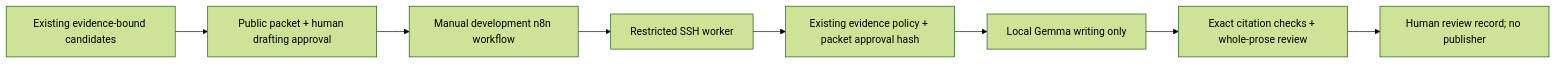
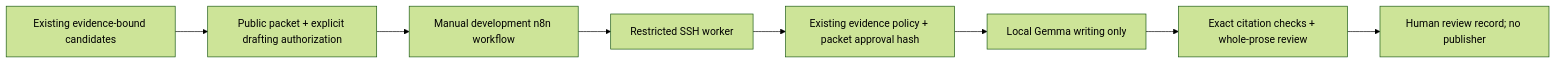
One commit to rkigara-prog/iggii-ai-stack changed the diagram in n8n/linkedin/gemma-pilot/Runbook.md. Above: the diagram before and after it, drawn with Mermaid (forest theme). The commit also changed other lines of this file and 18 other files, not shown here.

````diff
--- a/n8n/linkedin/gemma-pilot/Runbook.md
+++ b/n8n/linkedin/gemma-pilot/Runbook.md
@@ -42,10 +42,10 @@
 ```mermaid
 flowchart LR
-  C[Existing evidence-bound candidates] --> P[Public packet + human drafting approval]
+  C[Existing evidence-bound candidates] --> P[Public packet + explicit drafting authorization]
   P --> N[Manual development n8n workflow]
   N --> S[Restricted SSH worker]
   S --> G[Existing evidence policy + packet approval hash]
   G --> M[Local Gemma writing only]
   M --> R[Exact citation checks + whole-prose review]
   R --> H[Human review record; no publisher]
 ```
````
